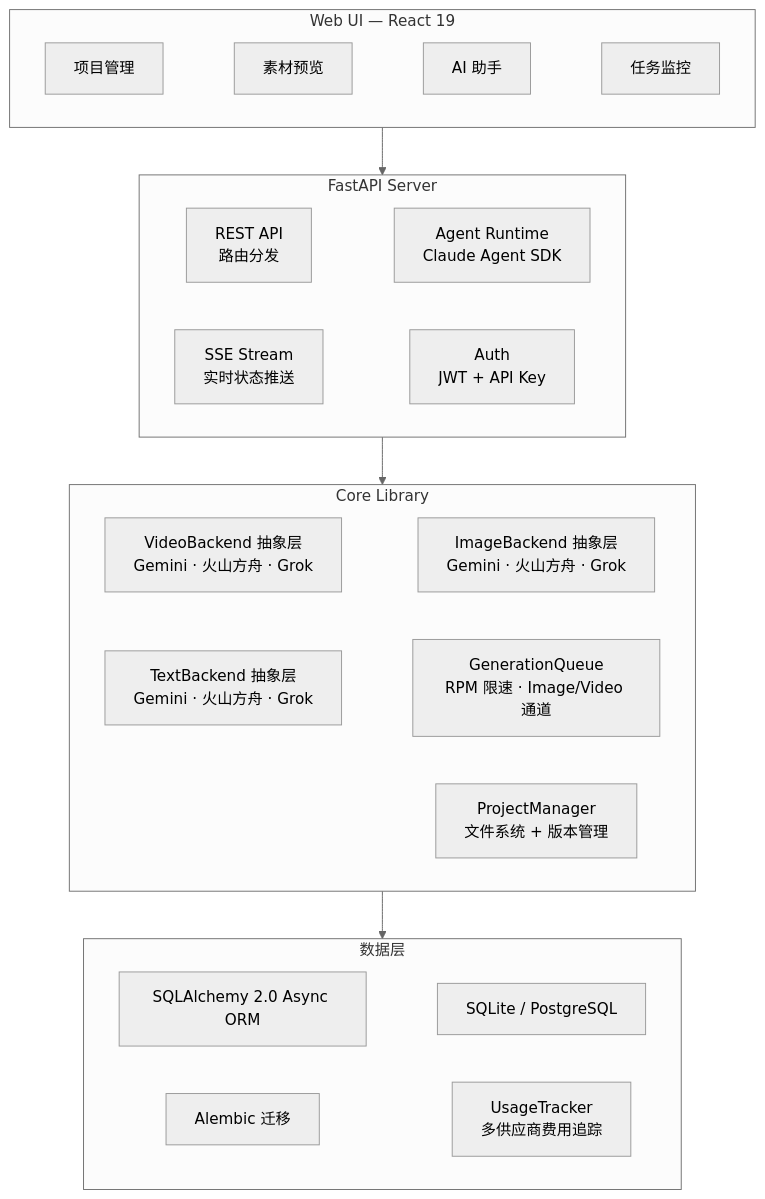
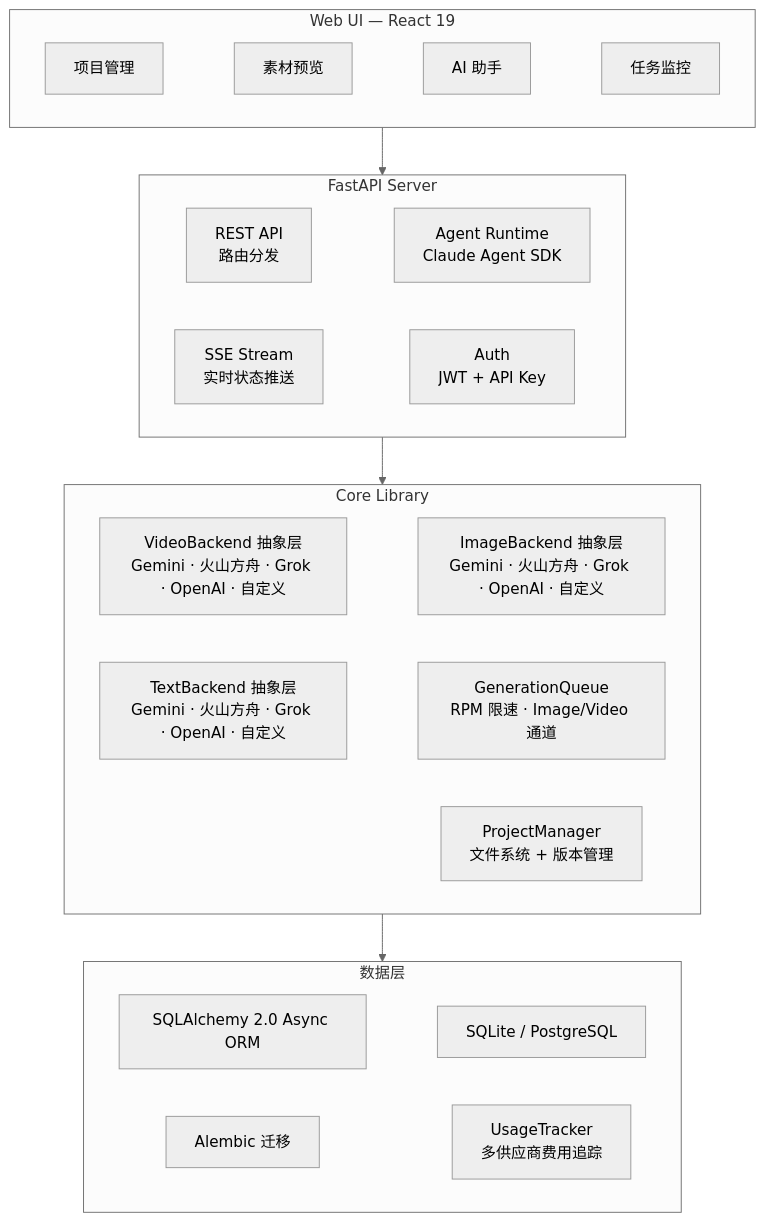
The third of 3 diagrams in README.md (huiyang0325/C301), drawn with Mermaid (neutral theme) before and after one commit. The commit also changed other lines of this file and 1 other file, not shown here.

````diff
--- a/README.md
+++ b/README.md
@@ -226,24 +212,24 @@
 ```mermaid
 flowchart TB
     subgraph UI["Web UI — React 19"]
         U1["项目管理"] ~~~ U2["素材预览"] ~~~ U3["AI 助手"] ~~~ U4["任务监控"]
     end
 
     subgraph Server["FastAPI Server"]
         S1["REST API<br/>路由分发"] ~~~ S2["Agent Runtime<br/>Claude Agent SDK"]
         S3["SSE Stream<br/>实时状态推送"] ~~~ S4["Auth<br/>JWT + API Key"]
     end
 
     subgraph Core["Core Library"]
-        C1["VideoBackend 抽象层<br/>Gemini · 火山方舟 · Grok"] ~~~ C2["ImageBackend 抽象层<br/>Gemini · 火山方舟 · Grok"]
-        C5["TextBackend 抽象层<br/>Gemini · 火山方舟 · Grok"] ~~~ C3["GenerationQueue<br/>RPM 限速 · Image/Video 通道"]
+        C1["VideoBackend 抽象层<br/>Gemini · 火山方舟 · Grok · OpenAI · 自定义"] ~~~ C2["ImageBackend 抽象层<br/>Gemini · 火山方舟 · Grok · OpenAI · 自定义"]
+        C5["TextBackend 抽象层<br/>Gemini · 火山方舟 · Grok · OpenAI · 自定义"] ~~~ C3["GenerationQueue<br/>RPM 限速 · Image/Video 通道"]
         C4["ProjectManager<br/>文件系统 + 版本管理"]
     end
 
     subgraph Data["数据层"]
         D1["SQLAlchemy 2.0 Async ORM"] ~~~ D2["SQLite / PostgreSQL"]
         D3["Alembic 迁移"] ~~~ D4["UsageTracker<br/>多供应商费用追踪"]
     end
 
     UI --> Server --> Core --> Data
 ```
````
